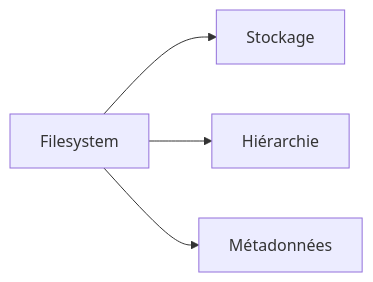
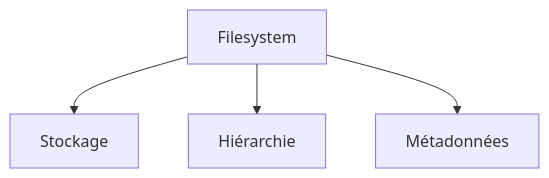
Diagram 13 of 44 in docs/glossaire/administration-systeme.md (zyrass/omnydocs), drawn with Mermaid before and after one commit. The commit also changed other lines of this file and 1780 other files, not shown here.

````diff
--- a/docs/glossaire/administration-systeme.md
+++ b/docs/glossaire/administration-systeme.md
@@ -264,6 +318,6 @@
-    ```mermaid
-    graph LR
-        A[Filesystem] --> B[Stockage]
-        A --> C[Hiérarchie]
-        A --> D[Métadonnées]
-    ```
+```mermaid
+graph TB
+    A[Filesystem] --> B[Stockage]
+    A --> C[Hiérarchie]
+    A --> D[Métadonnées]
+```
````
